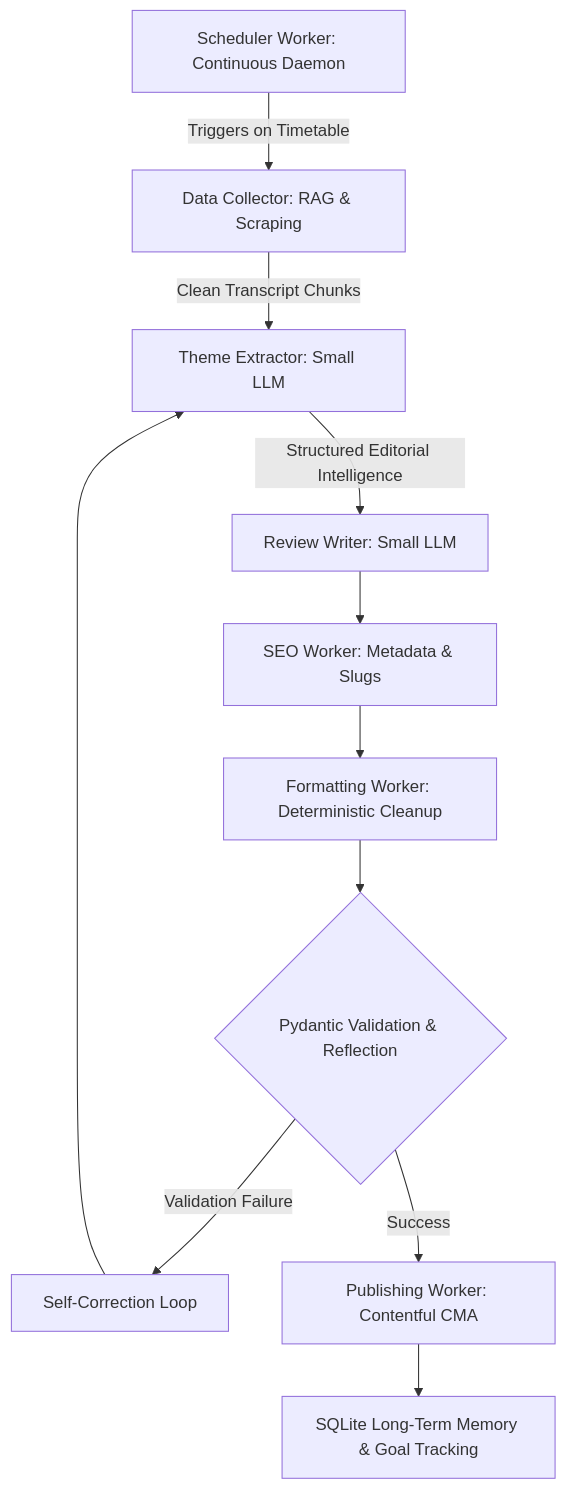
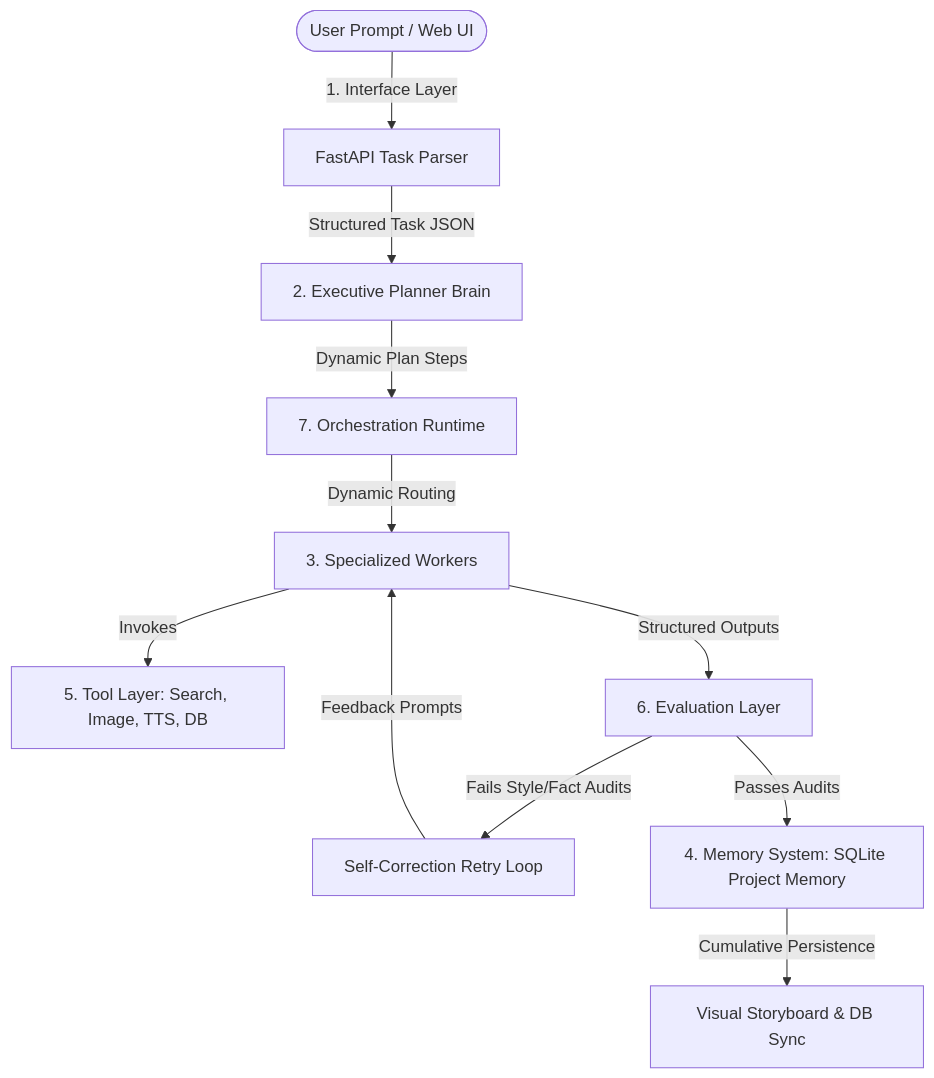
One commit to Akhand6886/MangaMotive-Autonomous-Node--MANO changed the diagram in README.md. Above: the diagram before and after it, drawn with Mermaid. The commit also changed other lines of this file, not shown here.

Commit message:
Update README.md to document the 7-layer Intelligence Harness architecture and installation

````diff
--- a/README.md
+++ b/README.md
@@ -29,13 +13,13 @@
 ```mermaid
 graph TD
-    A[Scheduler Worker: Continuous Daemon] -->|Triggers on Timetable| B[Data Collector: RAG & Scraping]
-    B -->|Clean Transcript Chunks| C[Theme Extractor: Small LLM]
-    C -->|Structured Editorial Intelligence| D[Review Writer: Small LLM]
-    D --> E[SEO Worker: Metadata & Slugs]
-    E --> F[Formatting Worker: Deterministic Cleanup]
-    F --> G{Pydantic Validation & Reflection}
-    G -->|Validation Failure| H[Self-Correction Loop]
-    H --> C
-    G -->|Success| I[Publishing Worker: Contentful CMA]
-    I --> J[SQLite Long-Term Memory & Goal Tracking]
+    User([User Prompt / Web UI]) -->|1. Interface Layer| Interface[FastAPI Task Parser]
+    Interface -->|Structured Task JSON| Planner[2. Executive Planner Brain]
+    Planner -->|Dynamic Plan Steps| Orchestrator[7. Orchestration Runtime]
+    Orchestrator -->|Dynamic Routing| Workers[3. Specialized Workers]
+    Workers -->|Invokes| Tools[5. Tool Layer: Search, Image, TTS, DB]
+    Workers -->|Structured Outputs| Evaluator[6. Evaluation Layer]
+    Evaluator -->|Fails Style/Fact Audits| Correction[Self-Correction Retry Loop]
+    Correction -->|Feedback Prompts| Workers
+    Evaluator -->|Passes Audits| Memory[4. Memory System: SQLite Project Memory]
+    Memory -->|Cumulative Persistence| Output[Visual Storyboard & DB Sync]
 ```
````
